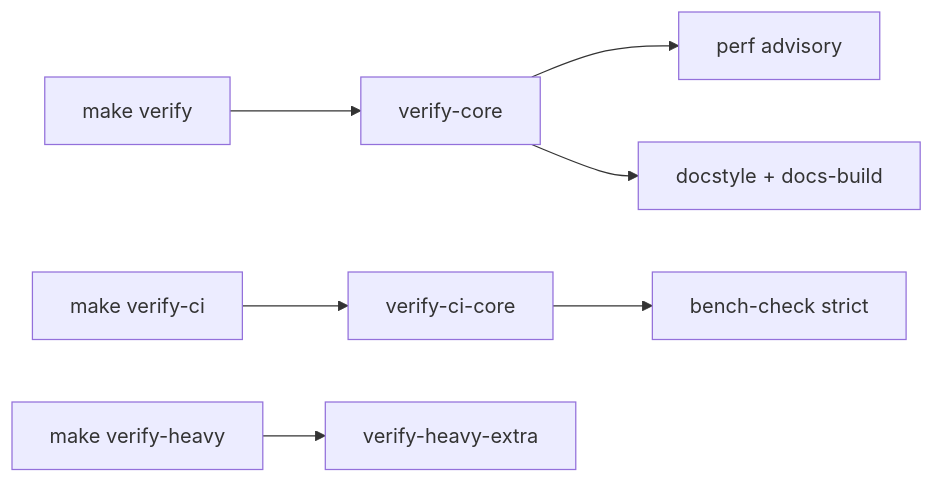
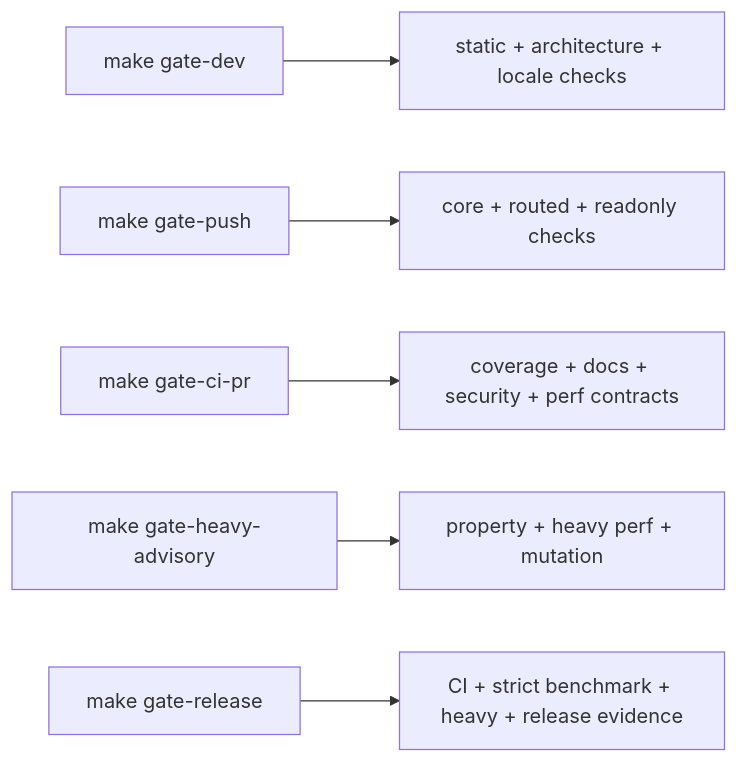
Diagram 12 of 16 in docs/architecture/diagrams.md (PlagaMedicum/TranslationZed-py), drawn with Mermaid before and after one commit. The commit also changed other lines of this file and 71 other files, not shown here.

````diff
--- a/docs/architecture/diagrams.md
+++ b/docs/architecture/diagrams.md
@@ -162,9 +162,8 @@
 ```mermaid
 flowchart LR
-  V[make verify] --> VC[verify-core]
-  VC --> P[perf advisory]
-  VC --> D[docstyle + docs-build]
-  C[make verify-ci] --> CC[verify-ci-core]
-  CC --> B[bench-check strict]
-  H[make verify-heavy] --> HE[verify-heavy-extra]
+  D[make gate-dev] --> S[static + architecture + locale checks]
+  P[make gate-push] --> T[core + routed + readonly checks]
+  C[make gate-ci-pr] --> CI[coverage + docs + security + perf contracts]
+  H[make gate-heavy-advisory] --> HE[property + heavy perf + mutation]
+  R[make gate-release] --> RE[CI + strict benchmark + heavy + release evidence]
 ```
````
